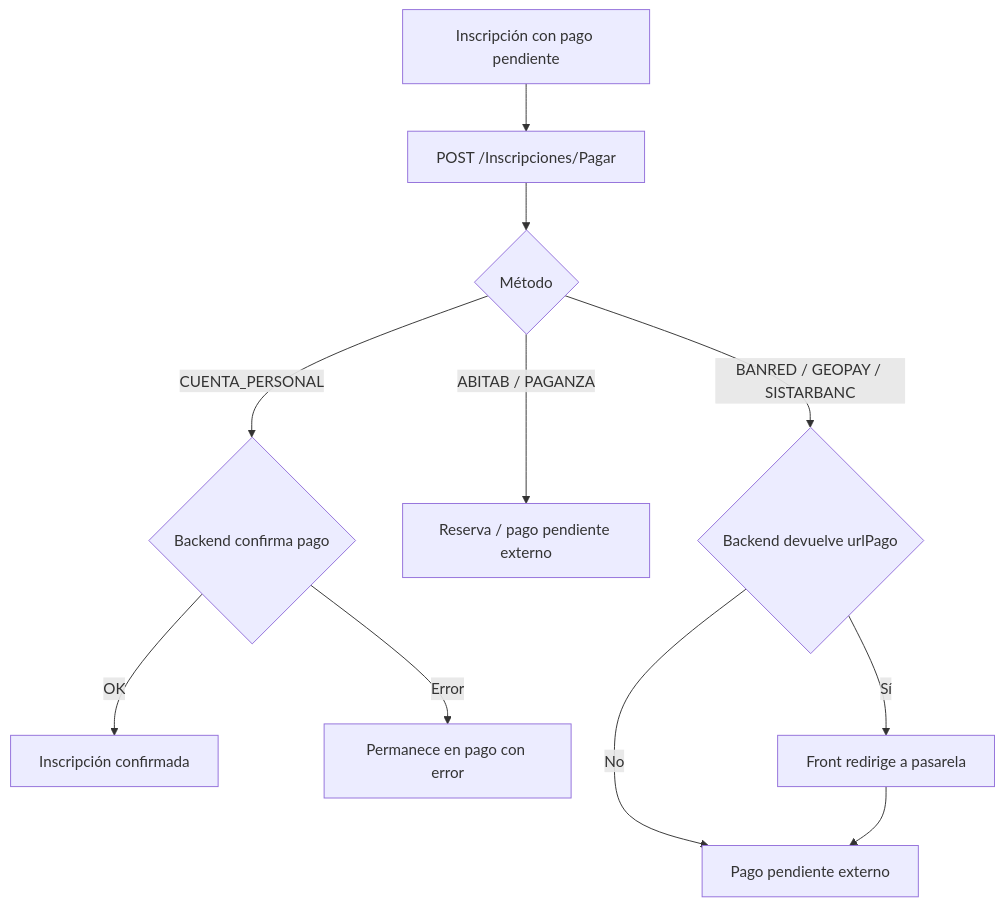
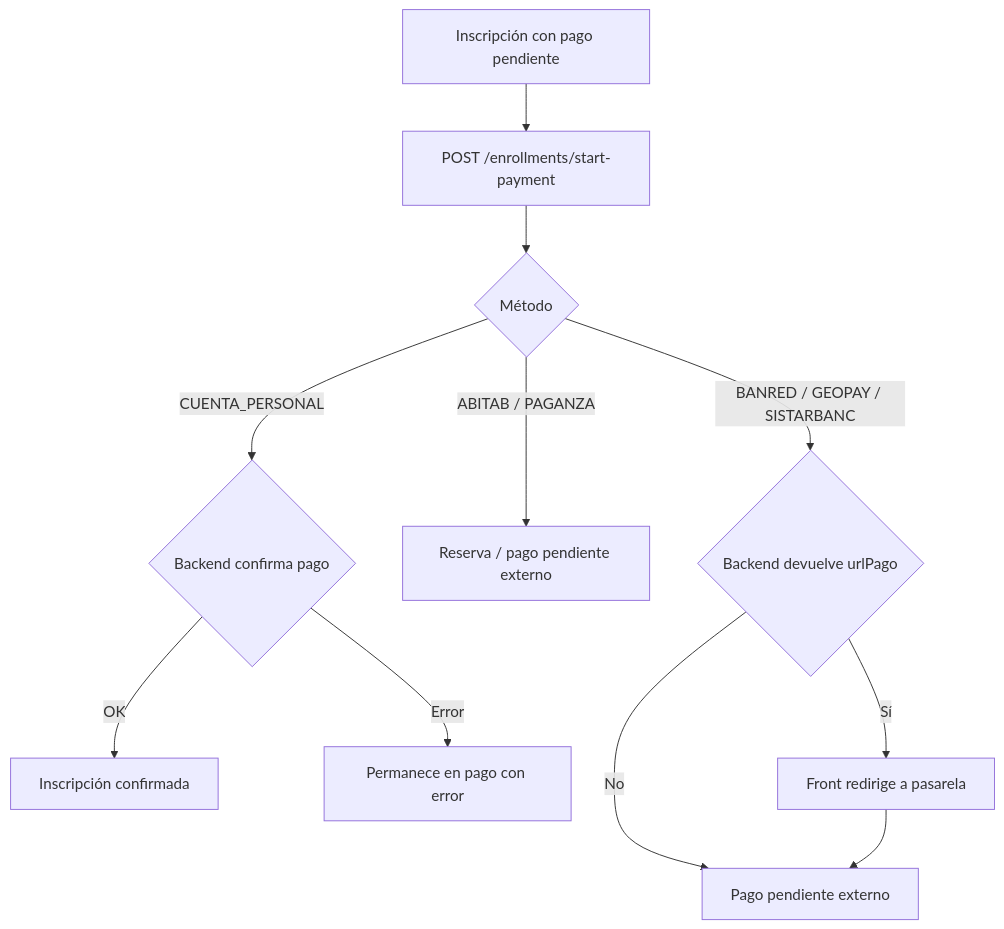
The second of 2 diagrams in docs/flujos/inscripciones.md (DesarrolloORT/admisiones-mono), drawn with Mermaid before and after one commit. The commit also changed other lines of this file and 37 other files, not shown here.

````diff
--- a/docs/flujos/inscripciones.md
+++ b/docs/flujos/inscripciones.md
@@ -614,13 +628,13 @@
 ```mermaid
 flowchart TD
-  A[Inscripción con pago pendiente] --> B[POST /Inscripciones/Pagar]
+  A[Inscripción con pago pendiente] --> B[POST /enrollments/start-payment]
   B --> C{Método}
   C -->|CUENTA_PERSONAL| D{Backend confirma pago}
   D -->|OK| E[Inscripción confirmada]
   D -->|Error| F[Permanece en pago con error]
   C -->|ABITAB / PAGANZA| G[Reserva / pago pendiente externo]
   C -->|BANRED / GEOPAY / SISTARBANC| H{Backend devuelve urlPago}
   H -->|Sí| I[Front redirige a pasarela]
   H -->|No| J[Pago pendiente externo]
   I --> J
 ```
````
